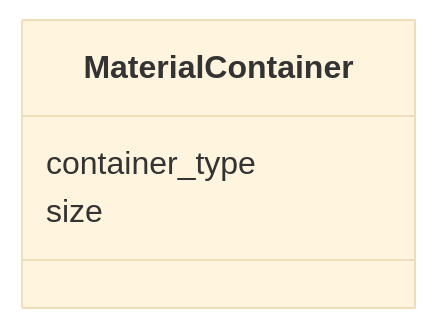
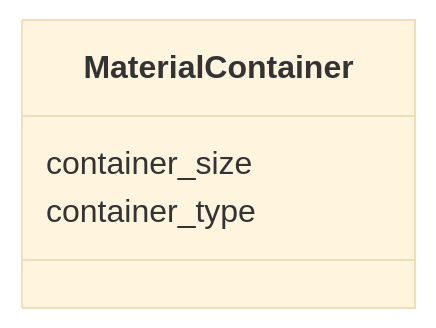
The diagram in docs/MaterialContainer.md (microbiomedata/schema_hackathon), drawn with Mermaid (base theme) before and after one commit. The commit also changed other lines of this file and 162 other files, not shown here.

````diff
--- a/docs/MaterialContainer.md
+++ b/docs/MaterialContainer.md
@@ -11,7 +11,7 @@
 ```mermaid
  classDiagram
     class MaterialContainer
+      MaterialContainer : container_size
       MaterialContainer : container_type
-      MaterialContainer : size
       
 ```
````
